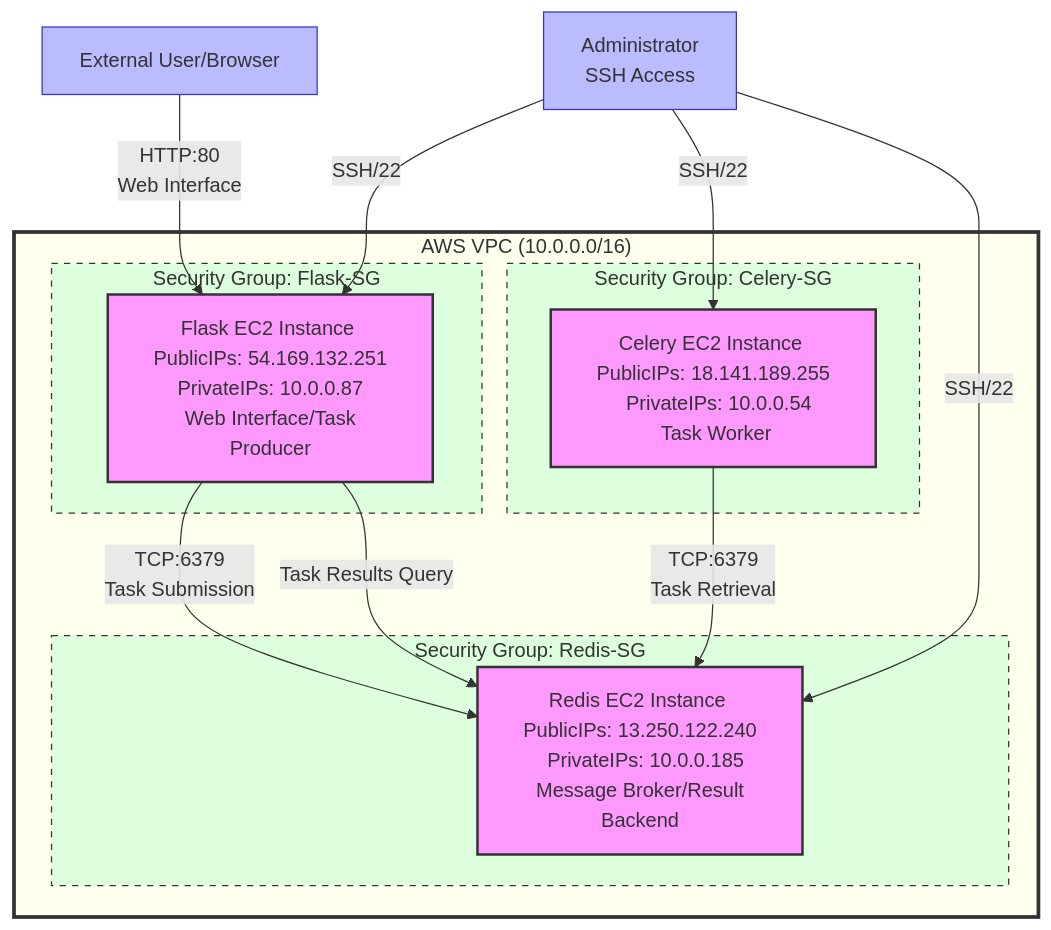
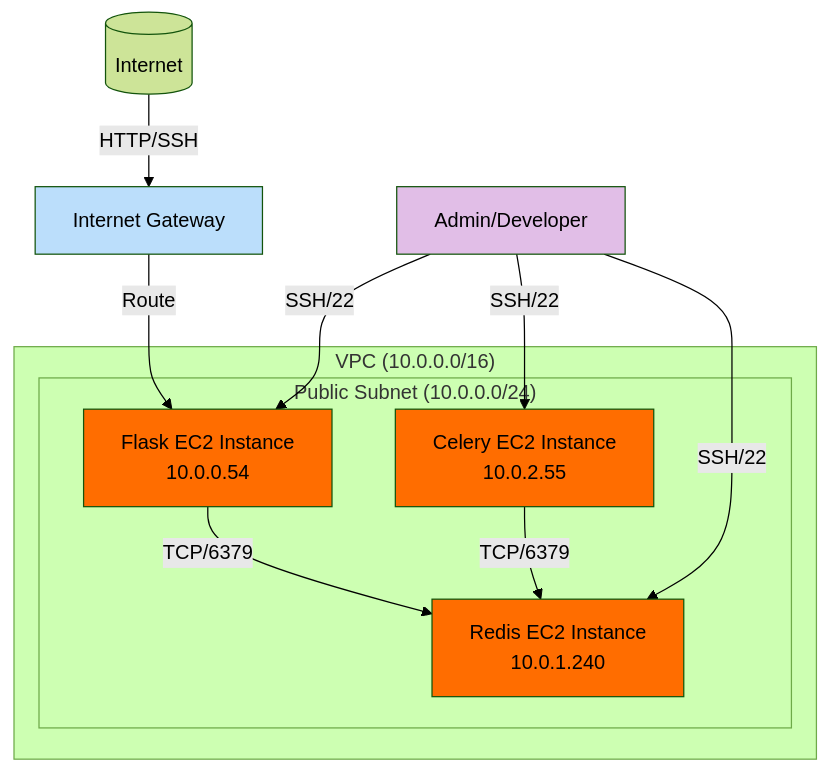
The diagram in README.md (Jilan5/Deploying-a-Distributed-Task-Queue-Architecture-on-AWS-EC2), drawn with Mermaid before and after one commit.

````diff
--- a/README.md
+++ b/README.md
@@ -23,45 +23,26 @@
 ```mermaid
-graph TD
-    %% Define the VPC boundary
-    subgraph AWS_VPC["AWS VPC (10.0.0.0/16)"]
-        %% Define the instances
-        FlaskEC2["Flask EC2 Instance \n PublicIPs: 54.169.132.251  PrivateIPs: 10.0.0.87 \n Web Interface/Task Producer"]
-        CeleryEC2["Celery EC2 Instance \n PublicIPs: 18.141.189.255    PrivateIPs: 10.0.0.54 \n Task Worker"]
-        RedisEC2["Redis EC2 Instance \n PublicIPs: 13.250.122.240    PrivateIPs: 10.0.0.185 \n Message Broker/Result Backend"]
-        
-        %% Define security groups
-        subgraph FlaskSG["Security Group: Flask-SG"]
-            FlaskEC2
-        end
-        
-        subgraph CelerySG["Security Group: Celery-SG"]
-            CeleryEC2
-        end
-        
-        subgraph RedisSG["Security Group: Redis-SG"]
-            RedisEC2
-        end
-        
-        %% Define connections
-        FlaskEC2 -->|TCP:6379 \n Task Submission| RedisEC2
-        CeleryEC2 -->|TCP:6379 \n Task Retrieval| RedisEC2
-        FlaskEC2 -->|Task Results Query| RedisEC2
-    end
-    
-    %% External connections
-    User["External User/Browser"] -->|HTTP:80 \n Web Interface| FlaskEC2
-    Admin["Administrator\nSSH Access"] -->|SSH/22| FlaskEC2
-    Admin -->|SSH/22| CeleryEC2
-    Admin -->|SSH/22| RedisEC2
-    
-    %% Styling
-    classDef ec2 fill:#f9f,stroke:#333,stroke-width:2px;
-    classDef sg fill:#dfd,stroke:#333,stroke-width:1px,stroke-dasharray: 5 5;
-    classDef external fill:#bbf,stroke:#33c,stroke-width:1px;
-    classDef vpc fill:#ffe,stroke:#333,stroke-width:3px;
-    
-    class FlaskEC2,CeleryEC2,RedisEC2 ec2;
-    class FlaskSG,CelerySG,RedisSG sg;
-    class User,Admin external;
-    class AWS_VPC vpc;
+---
+config:
+  theme: forest
+---
+flowchart TD
+ subgraph PublicSubnet["Public Subnet (10.0.0.0/24)"]
+        FlaskEC2["Flask EC2 Instance<br>10.0.0.54"]
+        RedisEC2["Redis EC2 Instance<br>10.0.1.240"]
+        CeleryEC2["Celery EC2 Instance<br>10.0.2.55"]
+  end
+ subgraph VPC["VPC (10.0.0.0/16)"]
+        PublicSubnet
+  end
+    Internet[("Internet")] -- HTTP/SSH --> IGW["Internet Gateway"]
+    IGW -- Route --> FlaskEC2
+    FlaskEC2 -- TCP/6379 --> RedisEC2
+    CeleryEC2 -- TCP/6379 --> RedisEC2
+    Admin["Admin/Developer"] -- SSH/22 --> FlaskEC2 & CeleryEC2 & RedisEC2
+    style FlaskEC2 fill:#FF6D00
+    style RedisEC2 fill:#FF6D00
+    style CeleryEC2 fill:#FF6D00
+    style IGW fill:#BBDEFB
+    style Admin fill:#E1BEE7
+
 ```
````
